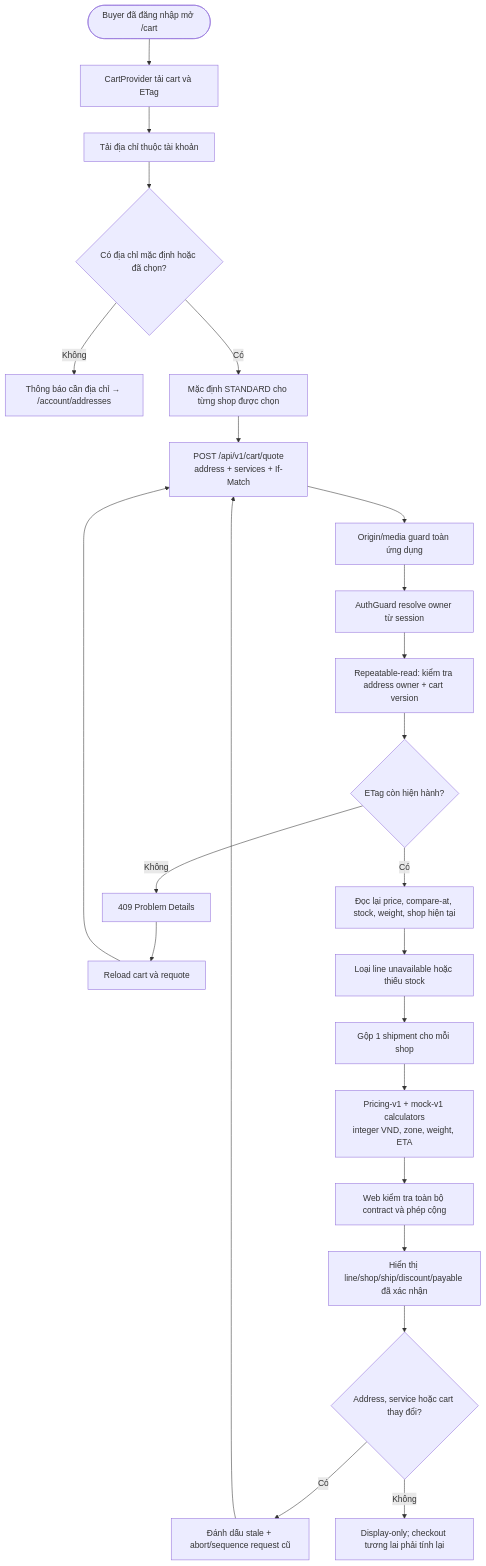
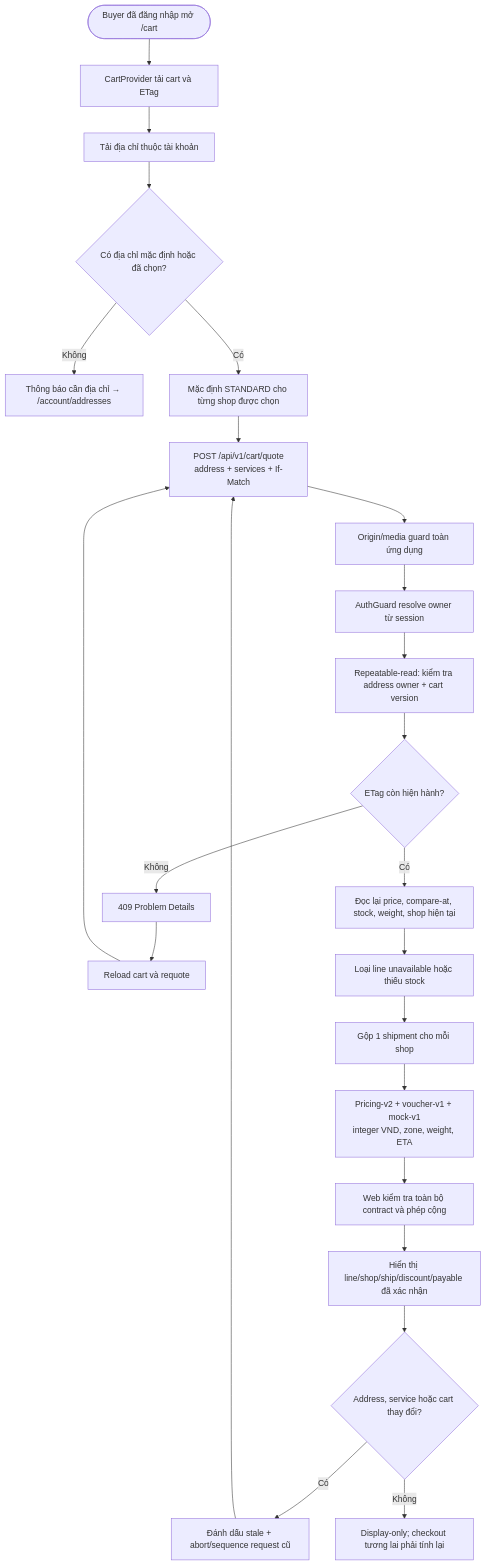
Diagram 15 of 16 in flow.md (datnguyen101004/shopee_clone), drawn with Mermaid before and after one commit. The commit also changed other lines of this file and 66 other files, not shown here.

````diff
--- a/flow.md
+++ b/flow.md
@@ -482,33 +493,33 @@
 ```mermaid
 flowchart TD
     buyer(["Buyer đã đăng nhập mở /cart"])
     cart["CartProvider tải cart và ETag"]
     addresses["Tải địa chỉ thuộc tài khoản"]
     hasAddress{"Có địa chỉ mặc định hoặc đã chọn?"}
     addressHandoff["Thông báo cần địa chỉ → /account/addresses"]
     services["Mặc định STANDARD cho từng shop được chọn"]
     request["POST /api/v1/cart/quote<br/>address + services + If-Match"]
     origin["Origin/media guard toàn ứng dụng"]
     auth["AuthGuard resolve owner từ session"]
     snapshot["Repeatable-read: kiểm tra address owner + cart version"]
     version{"ETag còn hiện hành?"}
     conflict["409 Problem Details"]
     refresh["Reload cart và requote"]
     facts["Đọc lại price, compare-at, stock, weight, shop hiện tại"]
     eligibility["Loại line unavailable hoặc thiếu stock"]
     grouping["Gộp 1 shipment cho mỗi shop"]
-    calculator["Pricing-v1 + mock-v1 calculators<br/>integer VND, zone, weight, ETA"]
+    calculator["Pricing-v2 + voucher-v1 + mock-v1<br/>integer VND, zone, weight, ETA"]
     validate["Web kiểm tra toàn bộ contract và phép cộng"]
     display["Hiển thị line/shop/ship/discount/payable đã xác nhận"]
     changed{"Address, service hoặc cart thay đổi?"}
     stale["Đánh dấu stale + abort/sequence request cũ"]
     checkoutBoundary["Display-only; checkout tương lai phải tính lại"]
 
     buyer --> cart --> addresses --> hasAddress
     hasAddress -->|"Không"| addressHandoff
     hasAddress -->|"Có"| services --> request --> origin --> auth --> snapshot --> version
     version -->|"Không"| conflict --> refresh --> request
     version -->|"Có"| facts --> eligibility --> grouping --> calculator --> validate --> display --> changed
     changed -->|"Có"| stale --> request
     changed -->|"Không"| checkoutBoundary
 ```
````
